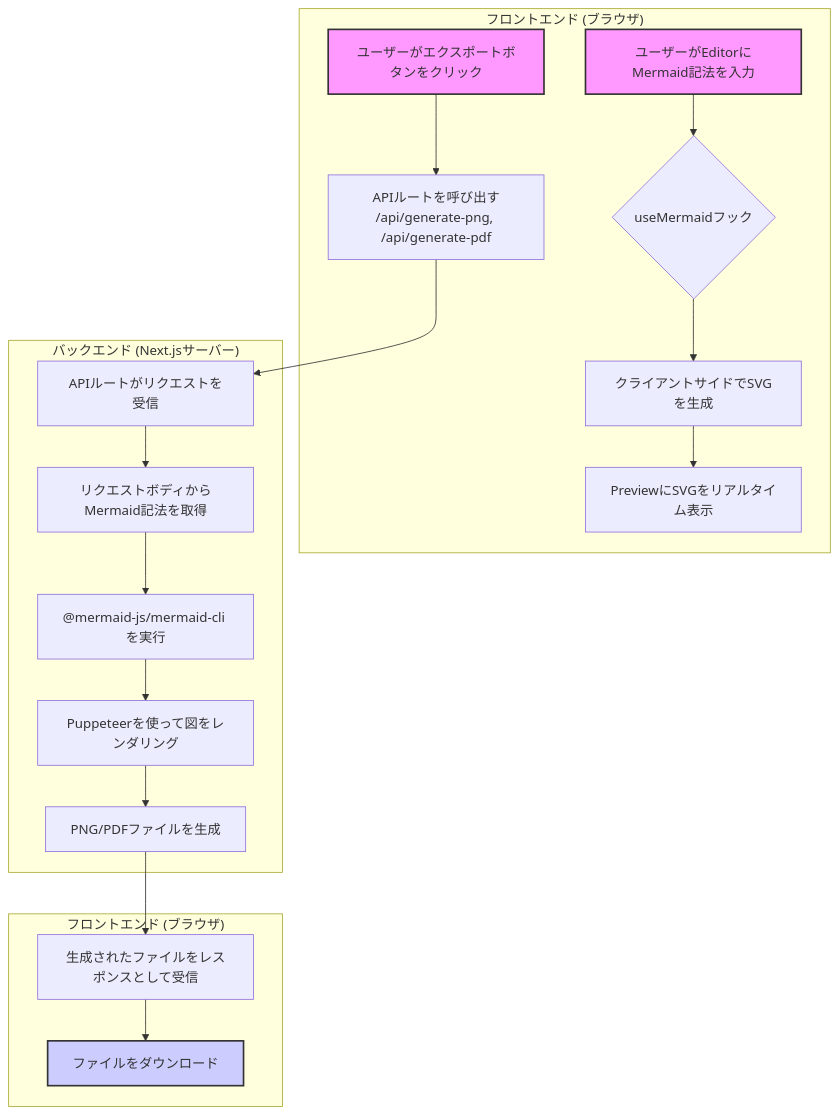
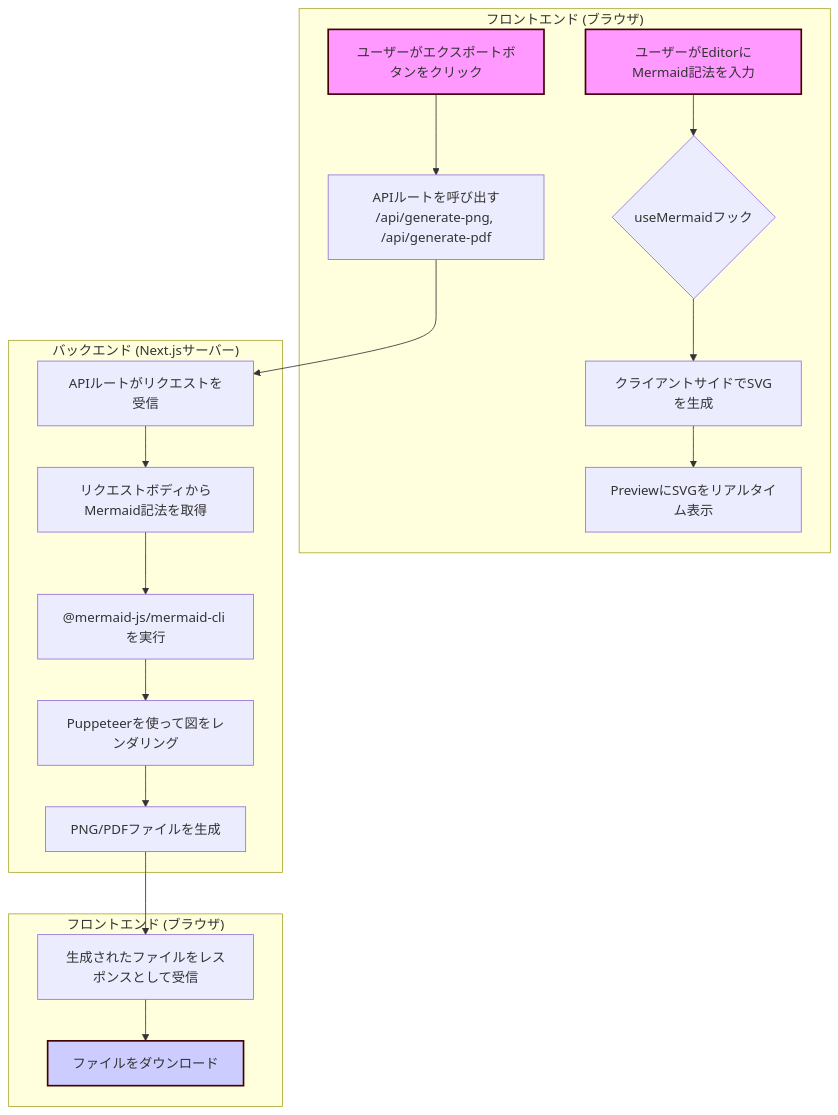
The diagram in README.md (ymkge/mermaid-diagram-exporter), drawn with Mermaid before and after one commit.

Commit message:
docs: mermaid flow color change

````diff
--- a/README.md
+++ b/README.md
@@ -45,26 +45,26 @@
 ```mermaid
 flowchart TD
     subgraph "フロントエンド (ブラウザ)"
         A[ユーザーがEditorにMermaid記法を入力] --> B{useMermaidフック};
         B --> C[クライアントサイドでSVGを生成];
         C --> D[PreviewにSVGをリアルタイム表示];
         E[ユーザーがエクスポートボタンをクリック] --> F["APIルートを呼び出す<br>/api/generate-png, /api/generate-pdf"];
     end
 
     subgraph "バックエンド (Next.jsサーバー)"
         F --> G[APIルートがリクエストを受信];
         G --> H[リクエストボディからMermaid記法を取得];
         H --> I["@mermaid-js/mermaid-cli を実行"];
         I --> J[Puppeteerを使って図をレンダリング];
         J --> K[PNG/PDFファイルを生成];
     end
 
     subgraph "フロントエンド (ブラウザ)"
         K --> L[生成されたファイルをレスポンスとして受信];
         L --> M[ファイルをダウンロード];
     end
 
-    style A fill:#f9f,stroke:#333,stroke-width:2px
-    style E fill:#f9f,stroke:#333,stroke-width:2px
-    style M fill:#ccf,stroke:#333,stroke-width:2px
+    style A fill:#f9f,stroke:#420101,stroke-width:2px
+    style E fill:#f9f,stroke:#420101,stroke-width:2px
+    style M fill:#ccf,stroke:#420101,stroke-width:2px
 ```
````
